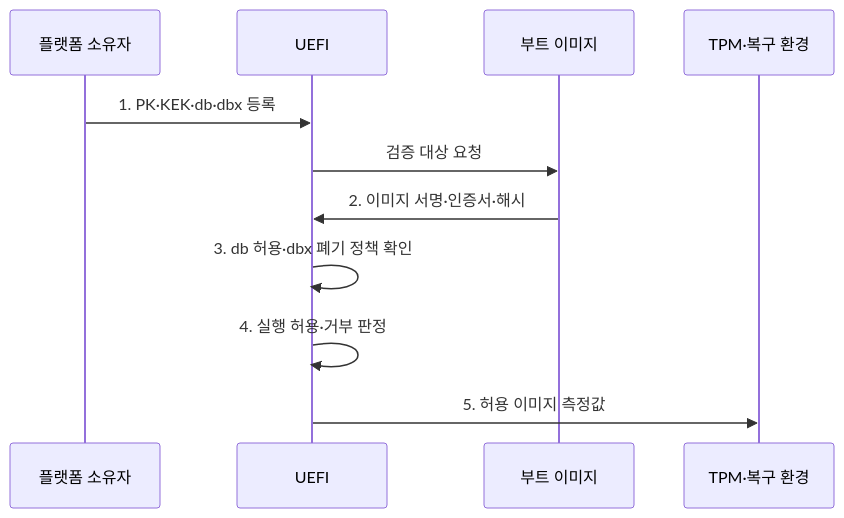
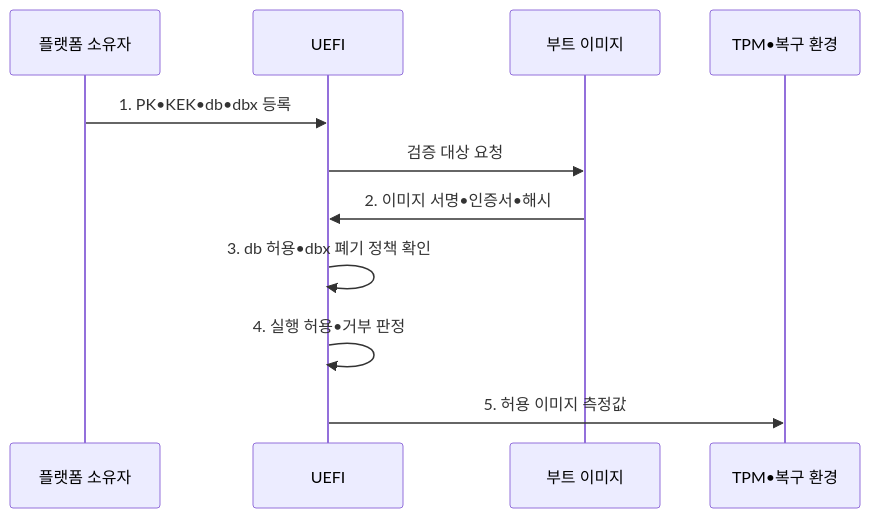
The second of 2 diagrams in src/content/docs/notes/05-security/127_secure_boot.md (agnusdei1207/knowledge-base), drawn with Mermaid before and after one commit. The commit also changed other lines of this file and 953 other files, not shown here.

````diff
--- a/src/content/docs/notes/05-security/127_secure_boot.md
+++ b/src/content/docs/notes/05-security/127_secure_boot.md
@@ -101,13 +101,13 @@
 ```mermaid
 sequenceDiagram
   participant O as 플랫폼 소유자
   participant U as UEFI
   participant I as 부트 이미지
-  participant T as TPM·복구 환경
-  O->>U: 1. PK·KEK·db·dbx 등록
+  participant T as TPM•복구 환경
+  O->>U: 1. PK•KEK•db•dbx 등록
   U->>I: 검증 대상 요청
-  I->>U: 2. 이미지 서명·인증서·해시
-  U->>U: 3. db 허용·dbx 폐기 정책 확인
-  U->>U: 4. 실행 허용·거부 판정
+  I->>U: 2. 이미지 서명•인증서•해시
+  U->>U: 3. db 허용•dbx 폐기 정책 확인
+  U->>U: 4. 실행 허용•거부 판정
   U->>T: 5. 허용 이미지 측정값
 ```
````
